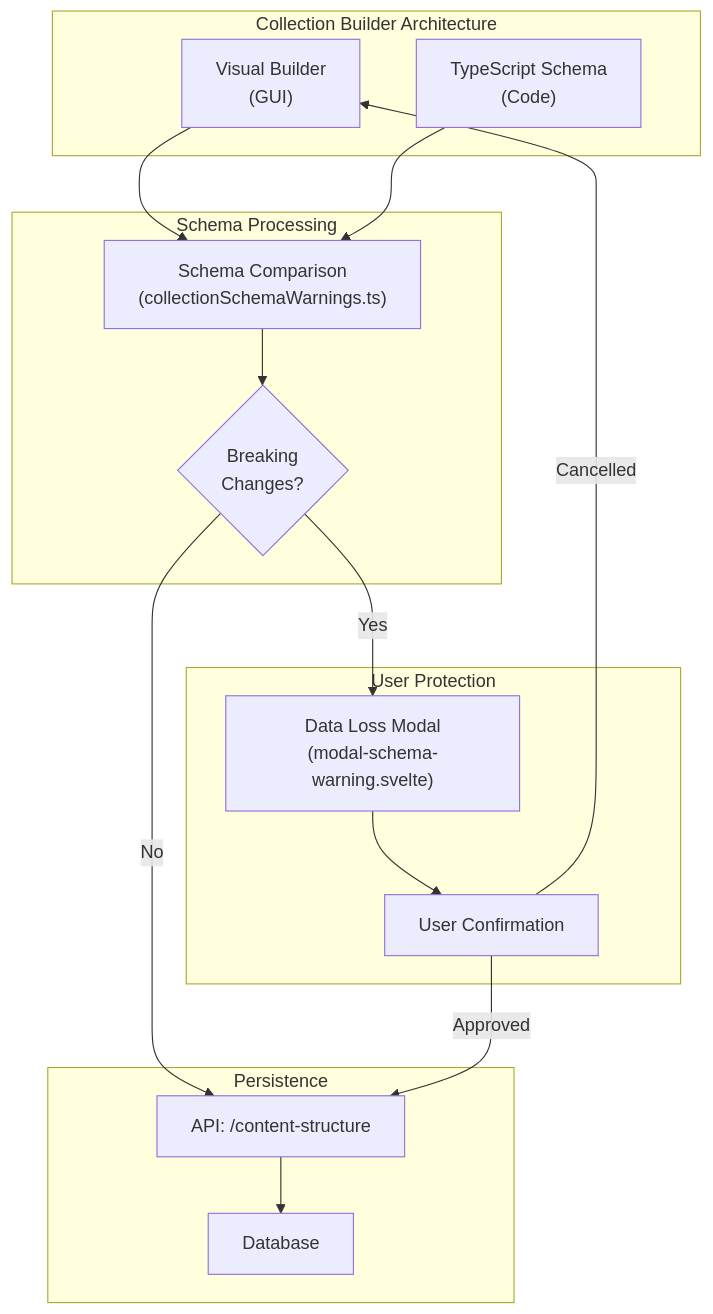
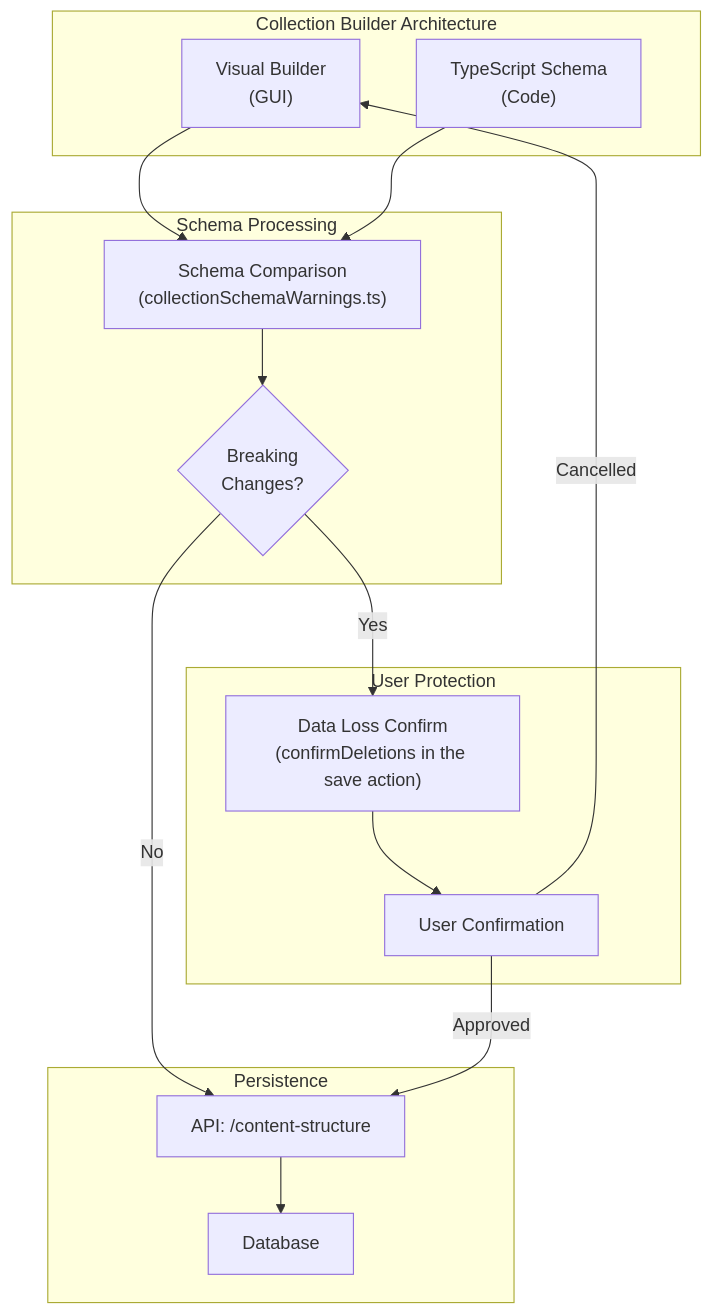
The diagram in docs/guides/content/collection-builder.mdx (SveltyCMS/SveltyCMS), drawn with Mermaid before and after one commit. The commit also changed 177 other files, not shown here.

````diff
--- a/docs/guides/content/collection-builder.mdx
+++ b/docs/guides/content/collection-builder.mdx
@@ -57,34 +57,34 @@
 ```mermaid
 flowchart TB
     subgraph "Collection Builder Architecture"
         GUI["Visual Builder<br/>(GUI)"]
         CODE["TypeScript Schema<br/>(Code)"]
     end
 
     subgraph "Schema Processing"
         DIFF["Schema Comparison<br/>(collectionSchemaWarnings.ts)"]
         WARN{"Breaking<br/>Changes?"}
     end
 
     subgraph "User Protection"
-        MODAL["Data Loss Modal<br/>(modal-schema-warning.svelte)"]
+        MODAL["Data Loss Confirm<br/>(confirmDeletions in the save action)"]
         CONFIRM["User Confirmation"]
     end
 
     subgraph "Persistence"
         API["API: /content-structure"]
         DB["Database"]
     end
 
     GUI --> DIFF
     CODE --> DIFF
     DIFF --> WARN
     WARN -->|Yes| MODAL
     WARN -->|No| API
     MODAL --> CONFIRM
     CONFIRM -->|Approved| API
     CONFIRM -->|Cancelled| GUI
     API --> DB
 
 
 ```
````
